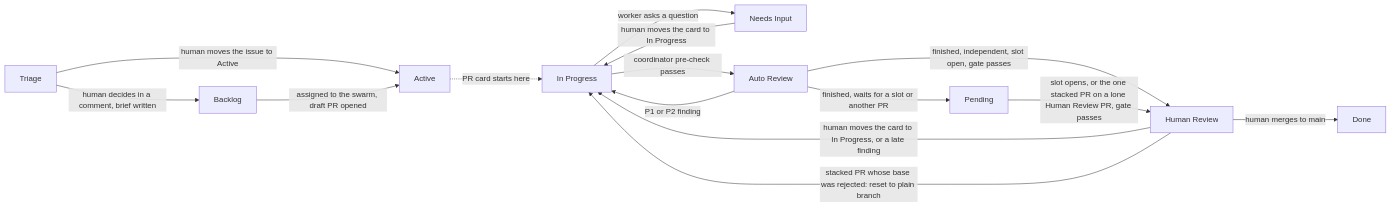
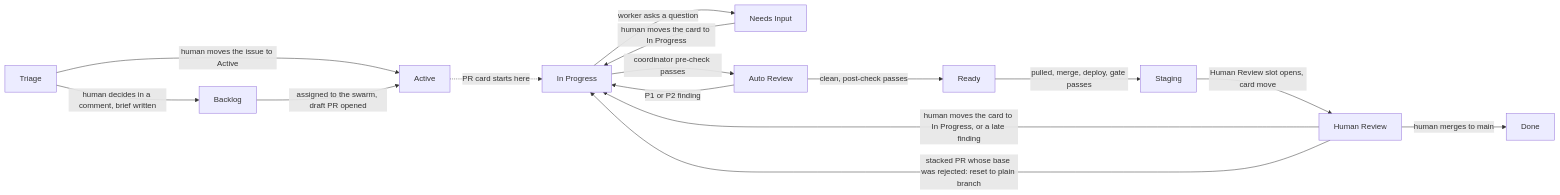
Before and after one commit to tangentcode/methodology: the diagram in workflow.md, drawn with Mermaid. The commit also changed other lines of this file and 12 other files, not shown here.

First line of the commit message:
Document the lean just-in-time Human Review flow (#57)

````diff
--- a/workflow.md
+++ b/workflow.md
@@ -68,17 +76,17 @@
 ```mermaid
 flowchart LR
     T[Triage] -->|human decides in a comment, brief written| B[Backlog]
     T -->|human moves the issue to Active| AC[Active]
     B -->|assigned to the swarm, draft PR opened| AC
     AC -.->|PR card starts here| IP[In Progress]
     IP -->|worker asks a question| NI[Needs Input]
     NI -->|human moves the card to In Progress| IP
     IP -->|coordinator pre-check passes| AR[Auto Review]
     AR -->|P1 or P2 finding| IP
-    AR -->|finished, independent, slot open, gate passes| HR[Human Review]
-    AR -->|finished, waits for a slot or another PR| P[Pending]
-    P -->|slot opens, or the one stacked PR on a lone Human Review PR, gate passes| HR
+    AR -->|clean, post-check passes| R[Ready]
+    R -->|pulled, merge, deploy, gate passes| P[Staging]
+    P -->|Human Review slot opens, card move| HR[Human Review]
     HR -->|human moves the card to In Progress, or a late finding| IP
     HR -->|stacked PR whose base was rejected: reset to plain branch| IP
     HR -->|human merges to main| D[Done]
 ```
````
